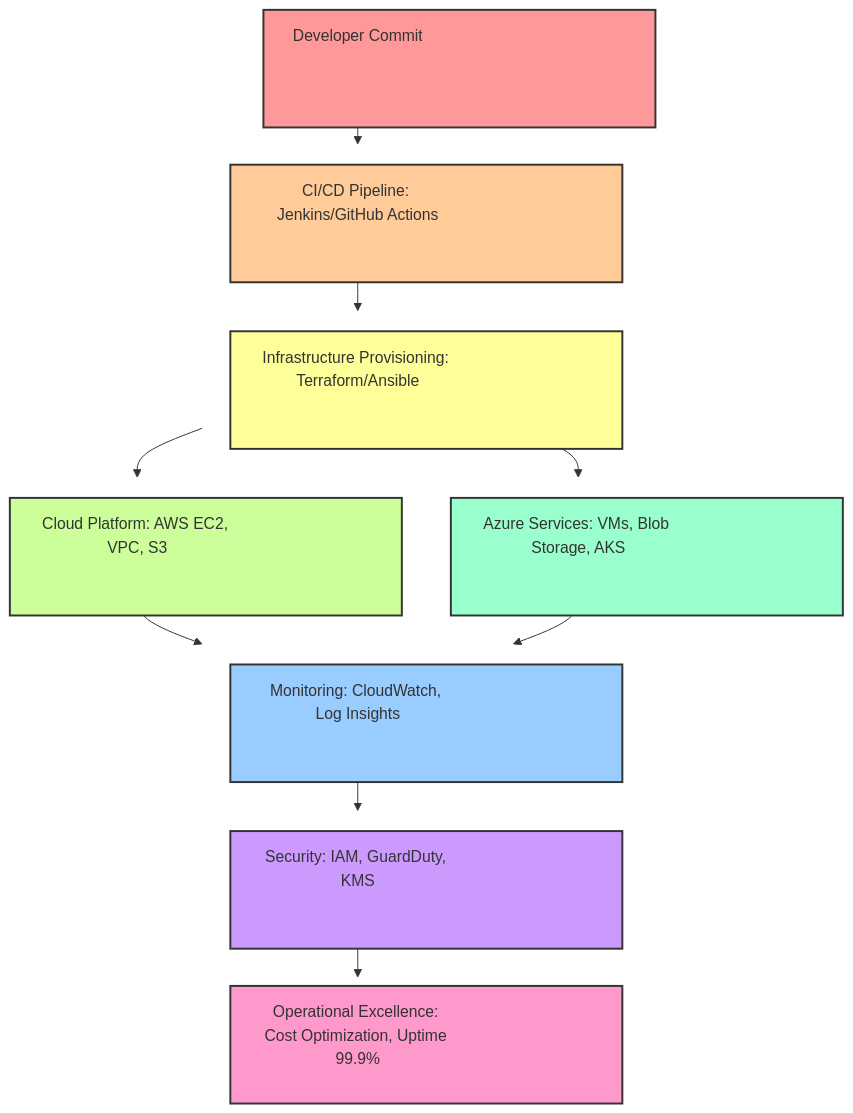
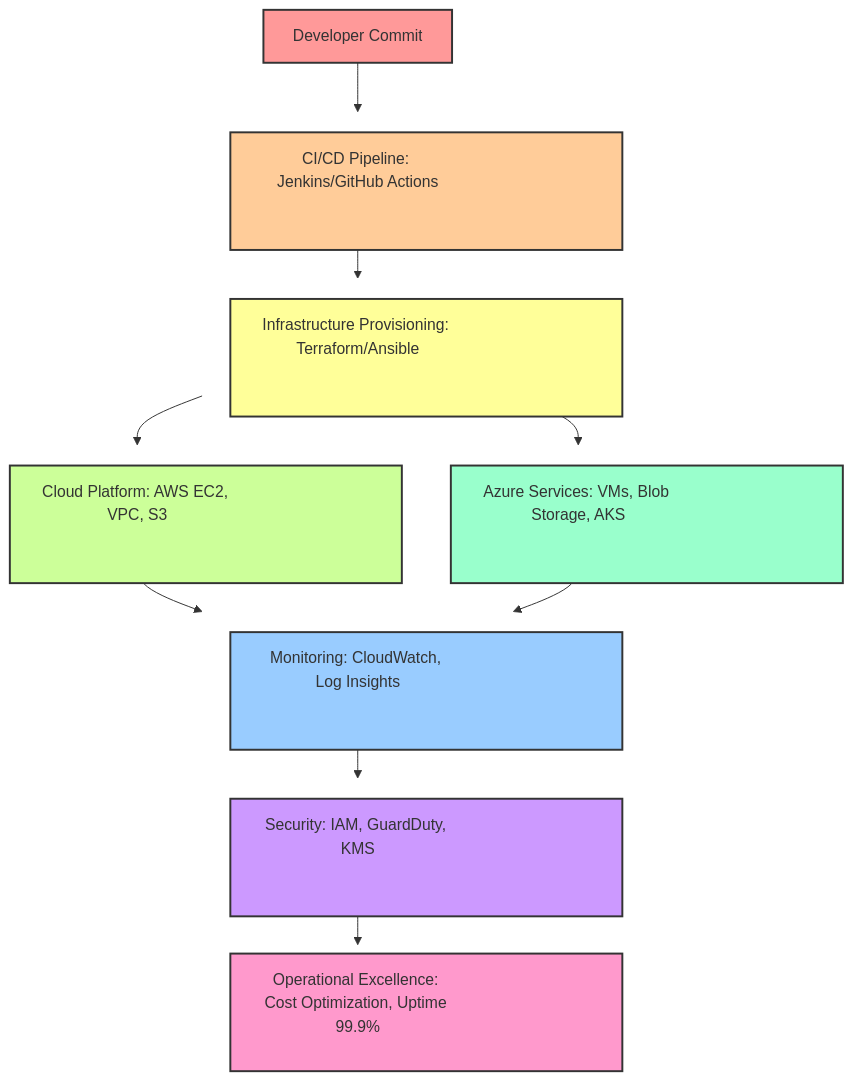
Before and after one commit to aliceekane/aliceekane-portfolio: the diagram in README.md, drawn with Mermaid.

````diff
--- a/README.md
+++ b/README.md
@@ -71,26 +71,26 @@
 ```mermaid
 flowchart TD
-    A[Developer Commit]:::bigbox --> B[CI/CD Pipeline: Jenkins/GitHub Actions]:::bigbox
+    A[Developer Commit] --> B[CI/CD Pipeline: Jenkins/GitHub Actions]:::bigbox
     B --> C[Infrastructure Provisioning: Terraform/Ansible]:::bigbox
     C --> D[Cloud Platform: AWS EC2, VPC, S3]:::bigbox
     C --> E[Azure Services: VMs, Blob Storage, AKS]:::bigbox
     D --> F[Monitoring: CloudWatch, Log Insights]:::bigbox
     E --> F
     F --> G[Security: IAM, GuardDuty, KMS]:::bigbox
     G --> H[Operational Excellence: Cost Optimization, Uptime 99.9%]:::bigbox
 
     %% Assigning different colors to each box
     style A fill:#FF9999,stroke:#333,stroke-width:2px
     style B fill:#FFCC99,stroke:#333,stroke-width:2px
     style C fill:#FFFF99,stroke:#333,stroke-width:2px
     style D fill:#CCFF99,stroke:#333,stroke-width:2px
     style E fill:#99FFCC,stroke:#333,stroke-width:2px
     style F fill:#99CCFF,stroke:#333,stroke-width:2px
     style G fill:#CC99FF,stroke:#333,stroke-width:2px
     style H fill:#FF99CC,stroke:#333,stroke-width:2px
 
     %% Define a reusable class for extra-large boxes
     classDef bigbox width:400px,height:120px,font-size:16px;
 
 
 ```
````
